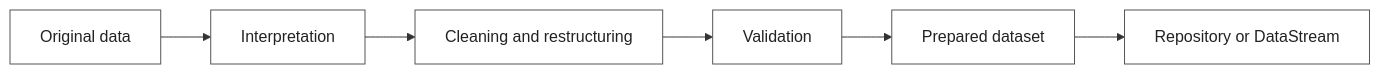
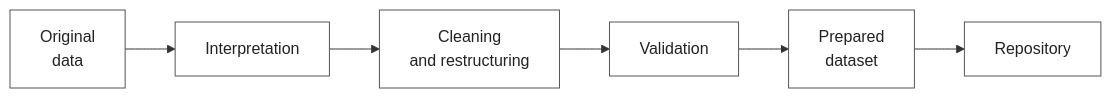
One commit to brcurrinder/ldp-data-rescue-guide changed the diagram in chapters/open-science-reproducible-research.qmd. Above: the diagram before and after it, drawn with Mermaid. The commit also changed other lines of this file and 4 other files, not shown here.

````diff
--- a/chapters/open-science-reproducible-research.qmd
+++ b/chapters/open-science-reproducible-research.qmd
@@ -94,10 +92,10 @@
 ```{mermaid}
 flowchart LR
-    A[Original data] --> B[Interpretation]
-    B --> C[Cleaning and restructuring]
+    A[Original<br/>data] --> B[Interpretation]
+    B --> C[Cleaning<br/>and restructuring]
     C --> D[Validation]
-    D --> E[Prepared dataset]
-    E --> F[Repository or DataStream]
+    D --> E[Prepared<br/>dataset]
+    E --> F[Repository]
 
     classDef default fill:#ffffff,stroke:#555555,color:#222222;
 ```
````
